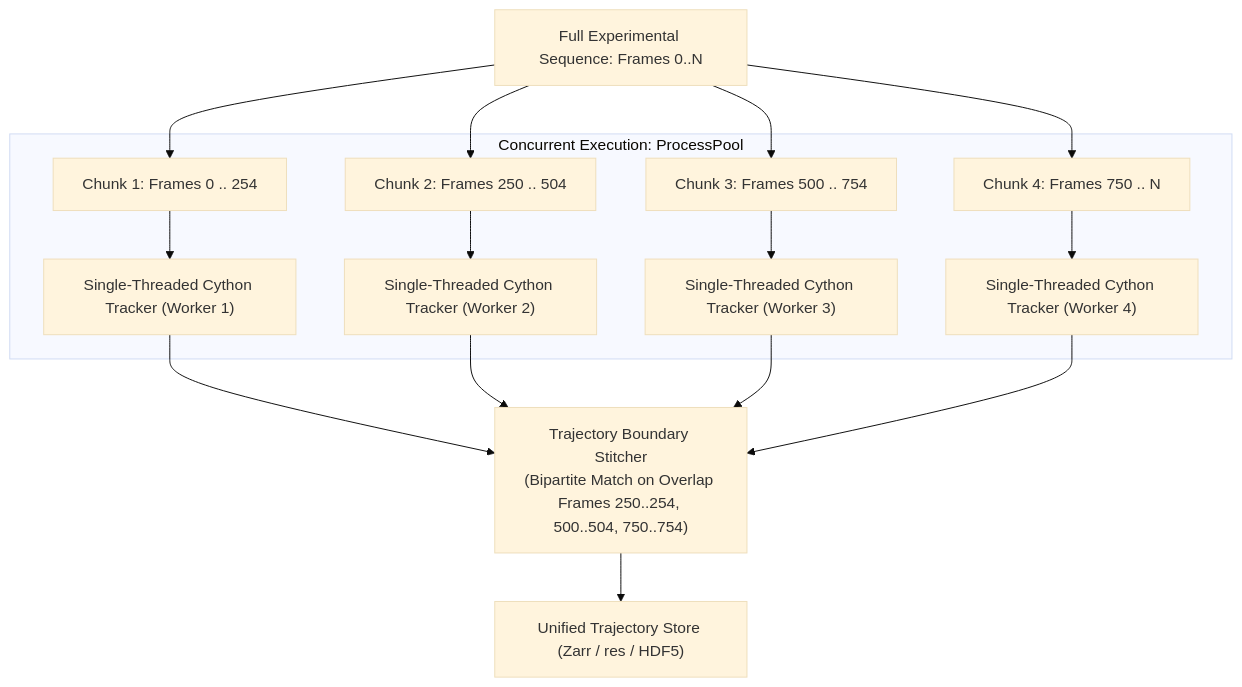
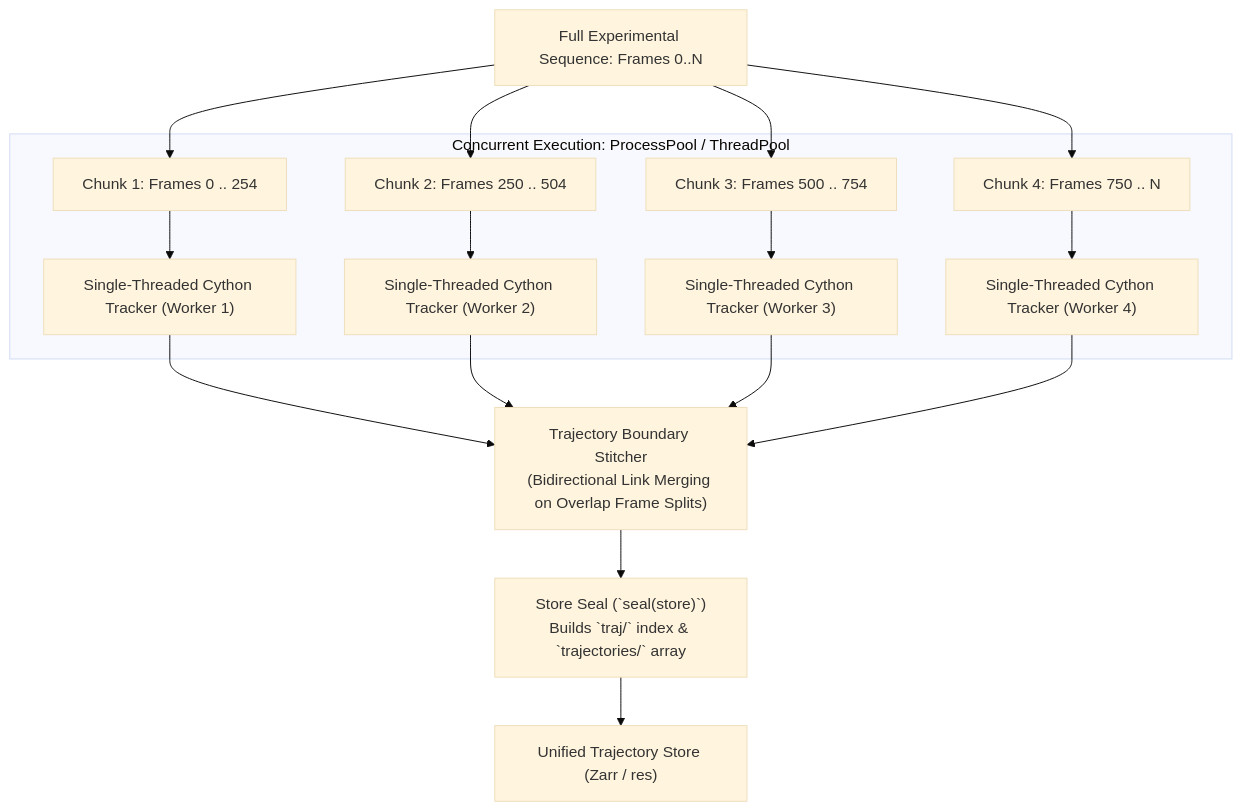
Before and after one commit to alexlib/openptv2: the diagram in docs/plans/2026-08-24-parallel-tracking-chunking-plan.md, drawn with Mermaid (base theme). The commit also changed other lines of this file and 6 other files, not shown here.

````diff
--- a/docs/plans/2026-08-24-parallel-tracking-chunking-plan.md
+++ b/docs/plans/2026-08-24-parallel-tracking-chunking-plan.md
@@ -19,18 +19,19 @@
 ```mermaid
 flowchart TD
     Seq["Full Experimental Sequence: Frames 0..N"]
     Seq --> C1["Chunk 1: Frames 0 .. 254"]
     Seq --> C2["Chunk 2: Frames 250 .. 504"]
     Seq --> C3["Chunk 3: Frames 500 .. 754"]
     Seq --> C4["Chunk 4: Frames 750 .. N"]
 
-    subgraph Concurrent Execution: ProcessPool
+    subgraph Concurrent Execution: ProcessPool / ThreadPool
         C1 --> T1["Single-Threaded Cython Tracker (Worker 1)"]
         C2 --> T2["Single-Threaded Cython Tracker (Worker 2)"]
         C3 --> T3["Single-Threaded Cython Tracker (Worker 3)"]
         C4 --> T4["Single-Threaded Cython Tracker (Worker 4)"]
     end
 
-    T1 & T2 & T3 & T4 --> Stitch["Trajectory Boundary Stitcher<br/>(Bipartite Match on Overlap Frames 250..254, 500..504, 750..754)"]
-    Stitch --> Final["Unified Trajectory Store (Zarr / res / HDF5)"]
+    T1 & T2 & T3 & T4 --> Stitch["Trajectory Boundary Stitcher<br/>(Bidirectional Link Merging on Overlap Frame Splits)"]
+    Stitch --> Seal["Store Seal (`seal(store)`)<br/>Builds `traj/` index & `trajectories/` array"]
+    Seal --> Final["Unified Trajectory Store (Zarr / res)"]
 ```
````
